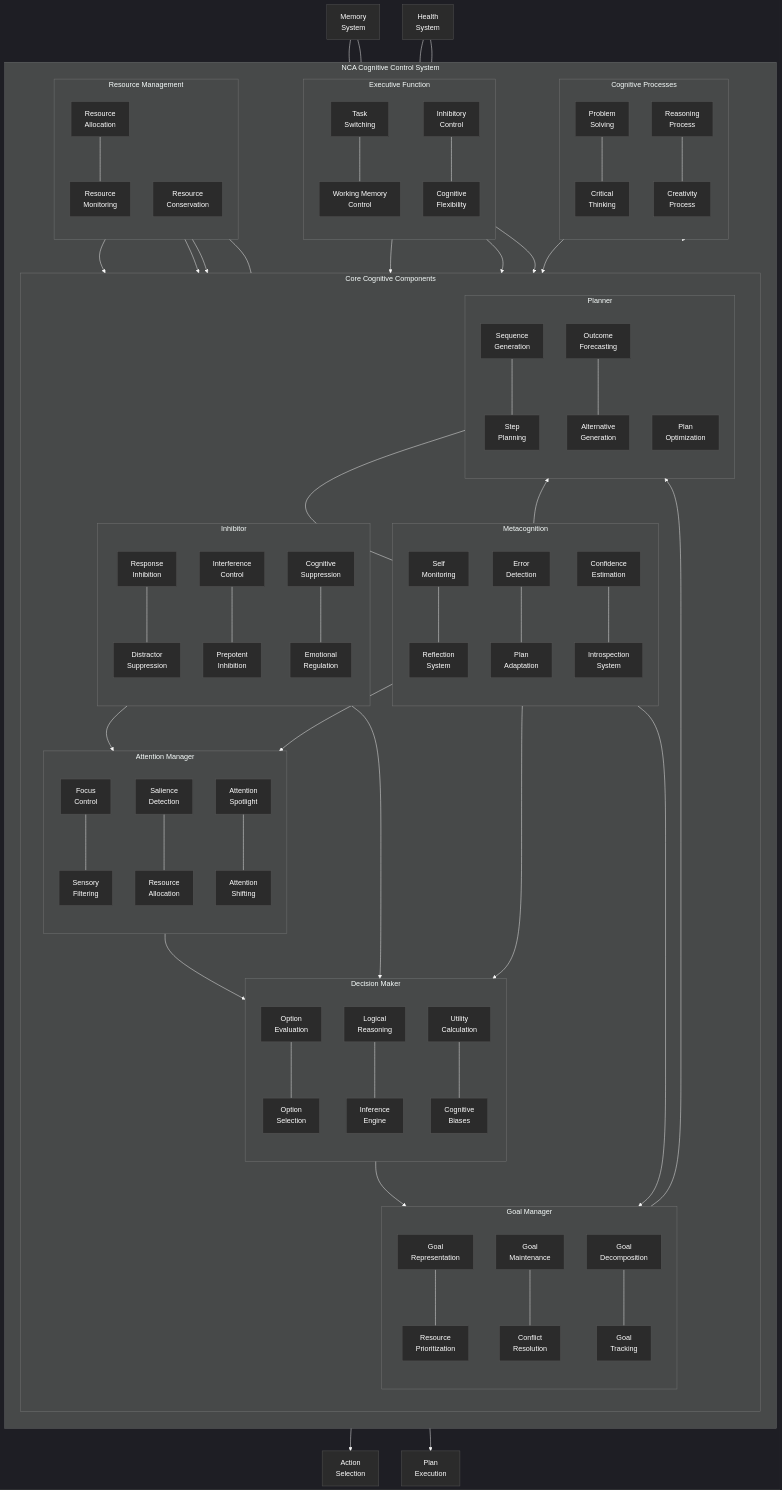
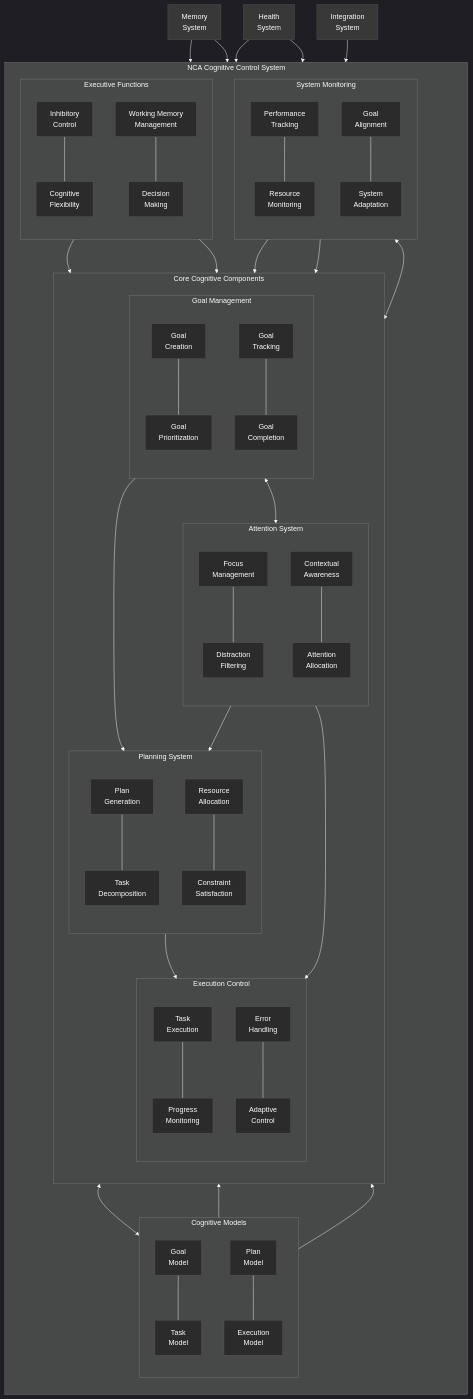
Before and after one commit to Modern-Prometheus-AI/Neuroca: the diagram in docs/architecture/diagrams/cognitive-control/overview.md, drawn with Mermaid. The commit also changed other lines of this file and 3 other files, not shown here.

Commit message:
Update cognitive control system documentation: refine section titles and enhance integration system overview

````diff
--- a/docs/architecture/diagrams/cognitive-control/overview.md
+++ b/docs/architecture/diagrams/cognitive-control/overview.md
@@ -8,12 +8,11 @@
     classDef main fill:#1a1a1a,stroke:#555,color:#fff
     classDef component fill:#242424,stroke:#555,color:#fff
     classDef subcomponent fill:#2b2b2b,stroke:#555,color:#fff
-    classDef attention fill:#203040,stroke:#555,color:#fff
-    classDef decision fill:#302030,stroke:#555,color:#fff
-    classDef goal fill:#203020,stroke:#555,color:#fff
-    classDef inhibition fill:#302020,stroke:#555,color:#fff
-    classDef metacognition fill:#203030,stroke:#555,color:#fff
-    classDef planning fill:#302010,stroke:#555,color:#fff
+    classDef goal fill:#203040,stroke:#555,color:#fff
+    classDef attention fill:#302030,stroke:#555,color:#fff
+    classDef planning fill:#203020,stroke:#555,color:#fff
+    classDef execution fill:#302020,stroke:#555,color:#fff
+    classDef external fill:#383838,stroke:#555,color:#fff
 
     subgraph CognitiveControl["NCA Cognitive Control System"]
         direction TB
@@ -23,125 +22,88 @@
             direction TB
             class CoreComponents component
             
-            subgraph AttentionManager["Attention Manager"]
+            subgraph GoalManager["Goal Management"]
                 direction TB
-                class AttentionManager attention
-                Focus[Focus<br>Control] --- Filtering[Sensory<br>Filtering]
-                Salience[Salience<br>Detection] --- ResourceAllocation[Resource<br>Allocation]
-                Spotlight[Attention<br>Spotlight] --- Shifting[Attention<br>Shifting]
-                class Focus,Filtering,Salience,ResourceAllocation,Spotlight,Shifting subcomponent
+                class GoalManager goal
+                GoalCreation[Goal<br>Creation] --- GoalPrioritization[Goal<br>Prioritization]
+                GoalTracking[Goal<br>Tracking] --- GoalCompletion[Goal<br>Completion]
+                class GoalCreation,GoalPrioritization,GoalTracking,GoalCompletion subcomponent
             end
             
-            subgraph DecisionMaker["Decision Maker"]
+            subgraph AttentionSystem["Attention System"]
                 direction TB
-                class DecisionMaker decision
-                Evaluation[Option<br>Evaluation] --- Selection[Option<br>Selection]
-                Reasoning[Logical<br>Reasoning] --- Inference[Inference<br>Engine]
-                Utility[Utility<br>Calculation] --- Biases[Cognitive<br>Biases]
-                class Evaluation,Selection,Reasoning,Inference,Utility,Biases subcomponent
+                class AttentionSystem attention
+                FocusManagement[Focus<br>Management] --- DistractionFiltering[Distraction<br>Filtering]
+                ContextualAwareness[Contextual<br>Awareness] --- AttentionAllocation[Attention<br>Allocation]
+                class FocusManagement,DistractionFiltering,ContextualAwareness,AttentionAllocation subcomponent
             end
             
-            subgraph GoalManager["Goal Manager"]
+            subgraph Planning["Planning System"]
                 direction TB
-                class GoalManager goal
-                Representation[Goal<br>Representation] --- Prioritization[Goal<br>Prioritization]
-                Maintenance[Goal<br>Maintenance] --- Conflict[Conflict<br>Resolution]
-                Decomposition[Goal<br>Decomposition] --- Tracking[Goal<br>Tracking]
-                class Representation,Prioritization,Maintenance,Conflict,Decomposition,Tracking subcomponent
+                class Planning planning
+                PlanGeneration[Plan<br>Generation] --- TaskDecomposition[Task<br>Decomposition]
+                ResourceAllocation[Resource<br>Allocation] --- ConstraintSatisfaction[Constraint<br>Satisfaction]
+                class PlanGeneration,TaskDecomposition,ResourceAllocation,ConstraintSatisfaction subcomponent
             end
             
-            subgraph Inhibitor["Inhibitor"]
+            subgraph Execution["Execution Control"]
                 direction TB
-                class Inhibitor inhibition
-                Response[Response<br>Inhibition] --- Distractor[Distractor<br>Suppression]
-                Interference[Interference<br>Control] --- Prepotent[Prepotent<br>Inhibition]
-                Cognitive[Cognitive<br>Suppression] --- Emotional[Emotional<br>Regulation]
-                class Response,Distractor,Interference,Prepotent,Cognitive,Emotional subcomponent
-            end
-            
-            subgraph Metacognition["Metacognition"]
-                direction TB
-                class Metacognition metacognition
-                SelfMonitoring[Self<br>Monitoring] --- Reflection[Reflection<br>System]
-                ErrorDetection[Error<br>Detection] --- Adaptation[Strategy<br>Adaptation]
-                Confidence[Confidence<br>Estimation] --- Introspection[Introspection<br>System]
-                class SelfMonitoring,Reflection,ErrorDetection,Adaptation,Confidence,Introspection subcomponent
-            end
-            
-            subgraph Planner["Planner"]
-                direction TB
-                class Planner planning
-                SequenceGen[Sequence<br>Generation] --- StepPlanning[Step<br>Planning]
-                Forecasting[Outcome<br>Forecasting] --- Alternative[Alternative<br>Generation]
-                Optimization[Plan<br>Optimization] --- Adaptation[Plan<br>Adaptation]
-                class SequenceGen,StepPlanning,Forecasting,Alternative,Optimization,Adaptation subcomponent
+                class Execution execution
+                TaskExecution[Task<br>Execution] --- ProgressMonitoring[Progress<br>Monitoring]
+                ErrorHandling[Error<br>Handling] --- AdaptiveControl[Adaptive<br>Control]
+                class TaskExecution,ProgressMonitoring,ErrorHandling,AdaptiveControl subcomponent
             end
         end
         
-        subgraph ExecutiveFunction["Executive Function"]
+        subgraph Models["Cognitive Models"]
+            direction TB
+            class Models component
+            GoalModel[Goal<br>Model] --- TaskModel[Task<br>Model]
+            PlanModel[Plan<br>Model] --- ExecutionModel[Execution<br>Model]
+            class GoalModel,TaskModel,PlanModel,ExecutionModel subcomponent
+        end
+        
+        subgraph ExecutiveFunction["Executive Functions"]
             direction TB
             class ExecutiveFunction component
-            TaskSwitching[Task<br>Switching] --- WorkingMemoryControl[Working Memory<br>Control]
             InhibitoryControl[Inhibitory<br>Control] --- CognitiveFlexibility[Cognitive<br>Flexibility]
-            class TaskSwitching,WorkingMemoryControl,InhibitoryControl,CognitiveFlexibility subcomponent
+            WorkingMemoryMgmt[Working Memory<br>Management] --- DecisionMaking[Decision<br>Making]
+            class InhibitoryControl,CognitiveFlexibility,WorkingMemoryMgmt,DecisionMaking subcomponent
         end
         
-        subgraph CognitiveProcesses["Cognitive Processes"]
+        subgraph Monitoring["System Monitoring"]
             direction TB
-            class CognitiveProcesses component
-            ProblemSolving[Problem<br>Solving] --- CriticalThinking[Critical<br>Thinking]
-            ReasoningProcess[Reasoning<br>Process] --- Creativity[Creativity<br>Process]
-            class ProblemSolving,CriticalThinking,ReasoningProcess,Creativity subcomponent
-        end
-        
-        subgraph ResourceManagement["Resource Management"]
-            direction TB
-            class ResourceManagement component
-            Allocation[Resource<br>Allocation] --- Monitoring[Resource<br>Monitoring]
-            Prioritization[Resource<br>Prioritization] --- Conservation[Resource<br>Conservation]
-            class Allocation,Monitoring,Prioritization,Conservation subcomponent
+            class Monitoring component
+            PerformanceTracking[Performance<br>Tracking] --- ResourceMonitoring[Resource<br>Monitoring]
+            GoalAlignment[Goal<br>Alignment] --- SystemAdaptation[System<br>Adaptation]
+            class PerformanceTracking,ResourceMonitoring,GoalAlignment,SystemAdaptation subcomponent
         end
     end
     
     %% External connections
-    MemorySystem[Memory<br>System] --- AttentionManager
-    MemorySystem --- GoalManager
-    HealthSystem[Health<br>System] --- ResourceManagement
-    HealthSystem --- Metacognition
+    MemorySystem[Memory<br>System] --> GoalManager
+    MemorySystem --> AttentionSystem
+    HealthSystem[Health<br>System] --> Execution
+    HealthSystem --> AttentionSystem
+    IntegrationSystem[Integration<br>System] --> GoalManager
     
-    %% Core component connections
-    AttentionManager --> DecisionMaker
-    DecisionMaker --> GoalManager
-    GoalManager --> Planner
+    %% Internal connections
+    GoalManager --> Planning
+    Planning --> Execution
+    AttentionSystem --> Planning
+    AttentionSystem --> Execution
+    Models --> GoalManager
+    Models --> Planning
+    ExecutiveFunction --> GoalManager
+    ExecutiveFunction --> AttentionSystem
+    Monitoring --> Execution
+    Monitoring --> GoalManager
     
-    %% Inhibitory connections
-    Inhibitor --> AttentionManager
-    Inhibitor --> DecisionMaker
-    
-    %% Metacognitive connections
-    Metacognition --> AttentionManager
-    Metacognition --> DecisionMaker
-    Metacognition --> Planner
-    Metacognition --> GoalManager
-    
-    %% Resource management
-    ResourceManagement --> AttentionManager
-    ResourceManagement --> DecisionMaker
-    ResourceManagement --> Planner
-    
-    %% Executive function
-    ExecutiveFunction --> AttentionManager
-    ExecutiveFunction --> Inhibitor
-    ExecutiveFunction --> GoalManager
-    
-    %% Integration with cognitive processes
-    CognitiveProcesses --> DecisionMaker
-    CognitiveProcesses --> Planner
-    
-    %% Output connections
-    DecisionMaker --> Action[Action<br>Selection]
-    Planner --> Execution[Plan<br>Execution]
+    %% Bidirectional connections
+    GoalManager <--> AttentionSystem
+    Planning <--> Models
+    Execution <--> Monitoring
     
     %% Node styling
-    class MemorySystem,HealthSystem,Action,Execution subcomponent
+    class MemorySystem,HealthSystem,IntegrationSystem external
 ```
````
